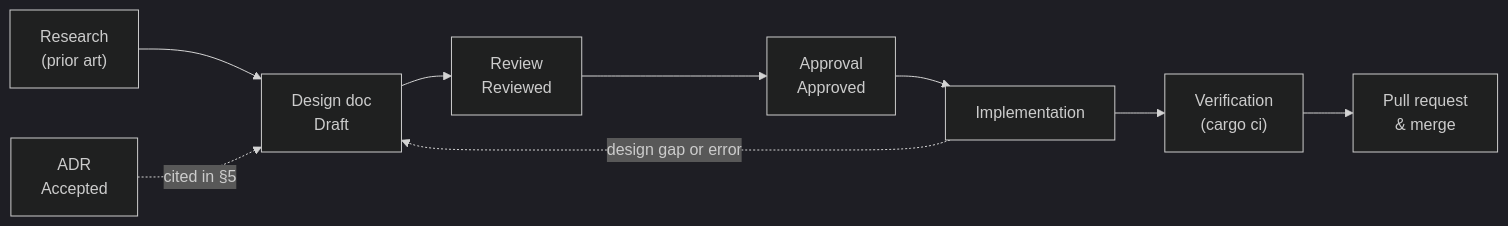
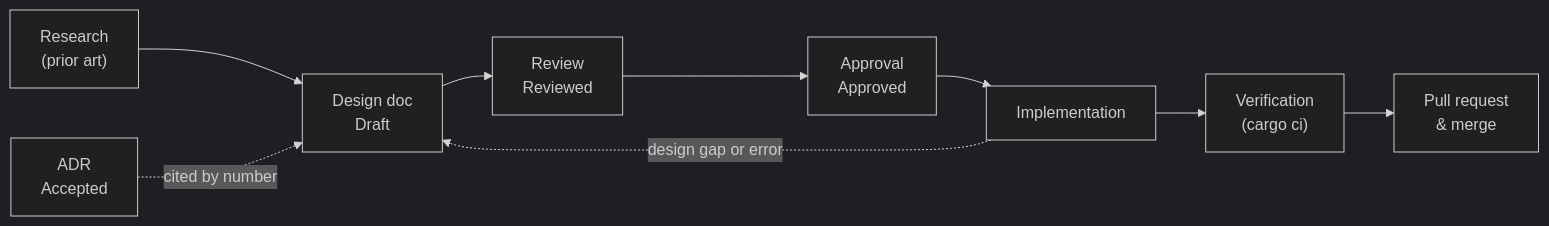
The diagram in CONTRIBUTING.md (Dyse-Industries/control-rs), drawn with Mermaid (dark theme) before and after one commit. The commit also changed other lines of this file and 5 other files, not shown here.

````diff
--- a/CONTRIBUTING.md
+++ b/CONTRIBUTING.md
@@ -20,11 +20,11 @@
 ```mermaid
 flowchart LR
     R["Research<br/>(prior art)"] --> D["Design doc<br/>Draft"]
     D --> V["Review<br/>Reviewed"]
     V --> A["Approval<br/>Approved"]
     A --> I["Implementation"]
     I --> Q["Verification<br/>(cargo ci)"]
     Q --> M["Pull request<br/>& merge"]
     I -. "design gap or error" .-> D
-    X["ADR<br/>Accepted"] -. "cited in §5" .-> D
+    X["ADR<br/>Accepted"] -. "cited by number" .-> D
 ```
````
